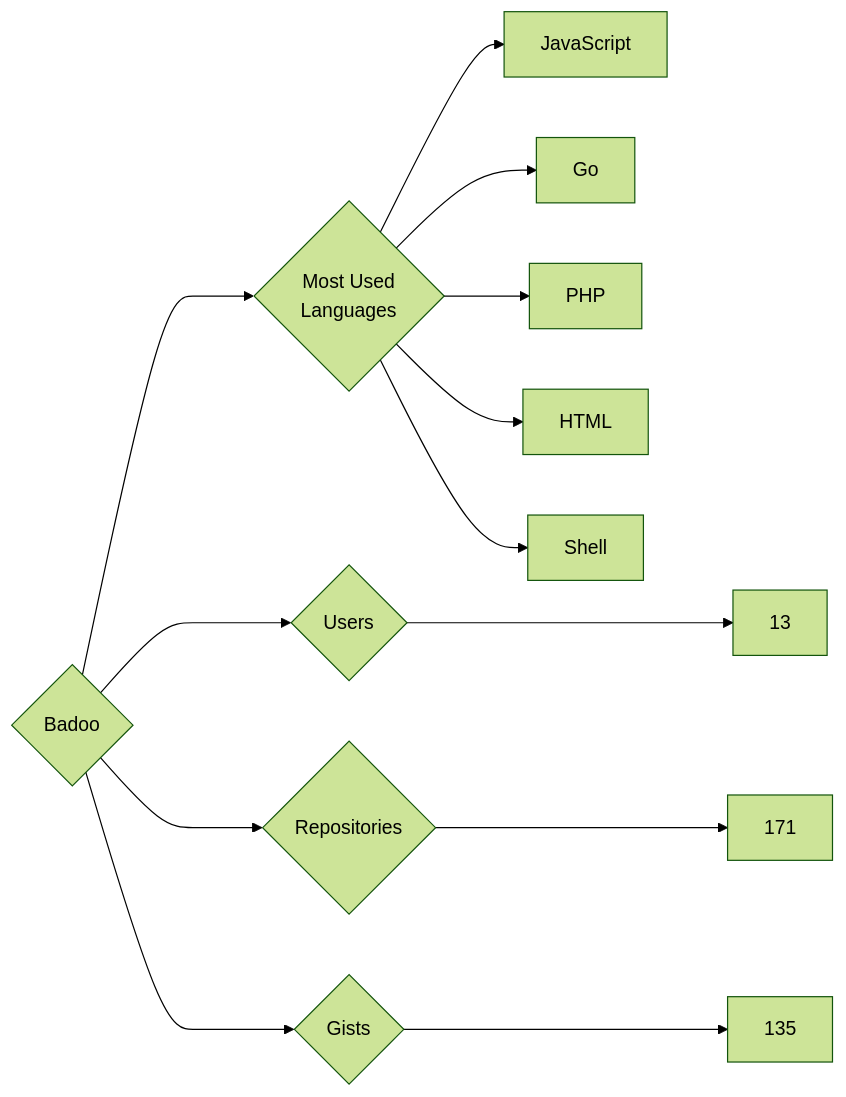
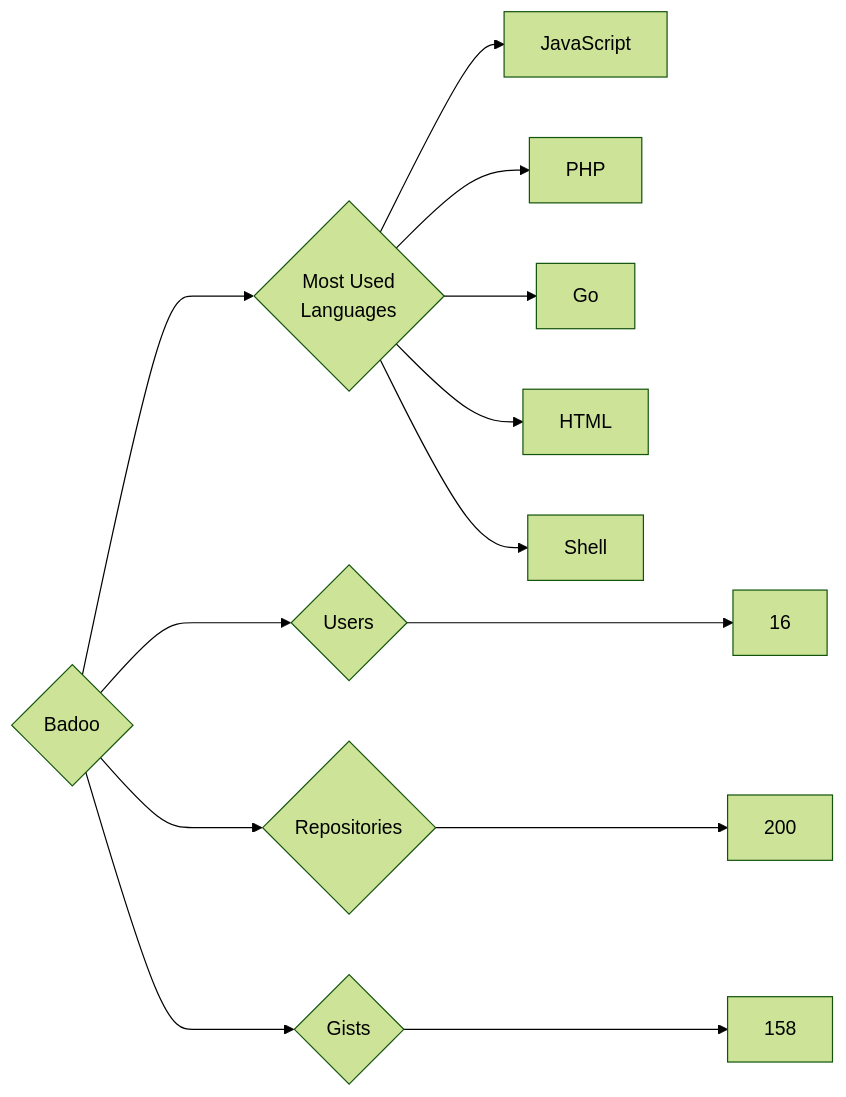
Before and after one commit to trickest/insiders: the diagram in targets/Badoo/README.md, drawn with Mermaid (forest theme). The commit also changed 782 other files, not shown here.

````diff
--- a/targets/Badoo/README.md
+++ b/targets/Badoo/README.md
@@ -3,13 +3,13 @@
 ```mermaid
 graph LR
 COMPANY_NAME{Badoo}
-COMPANY_NAME ---> U{Users} ---> UN[13]
-COMPANY_NAME ---> R{Repositories} ---> RN[171]
-COMPANY_NAME ---> G{Gists} ---> GN[135]
+COMPANY_NAME ---> U{Users} ---> UN[16]
+COMPANY_NAME ---> R{Repositories} ---> RN[200]
+COMPANY_NAME ---> G{Gists} ---> GN[158]
 COMPANY_NAME ---> ML{Most Used<br>Languages}
 ML --> JavaScript[JavaScript]
+ML --> PHP[PHP]
 ML --> Go[Go]
-ML --> PHP[PHP]
 ML --> HTML[HTML]
 ML --> Shell[Shell]
 ```
````
